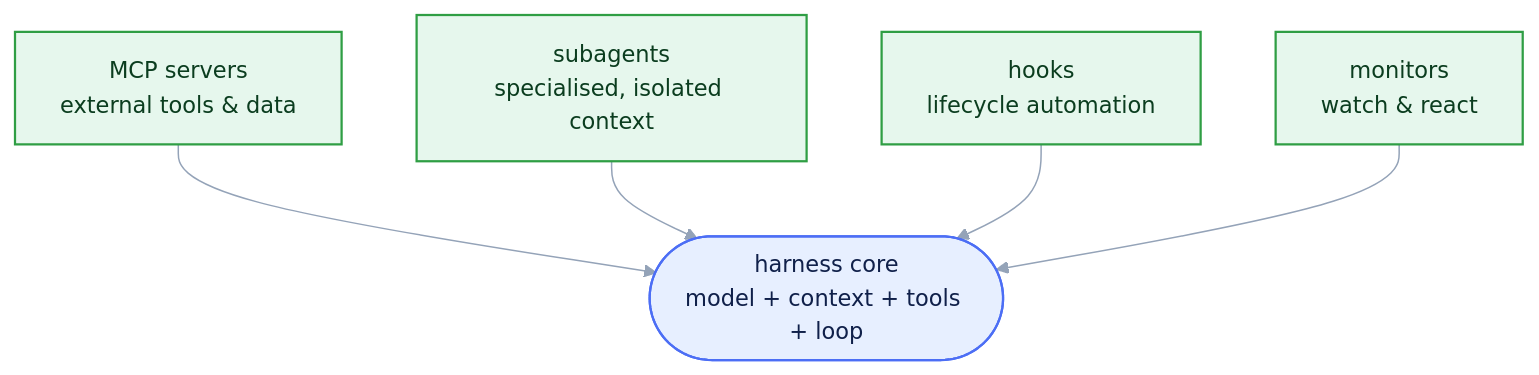
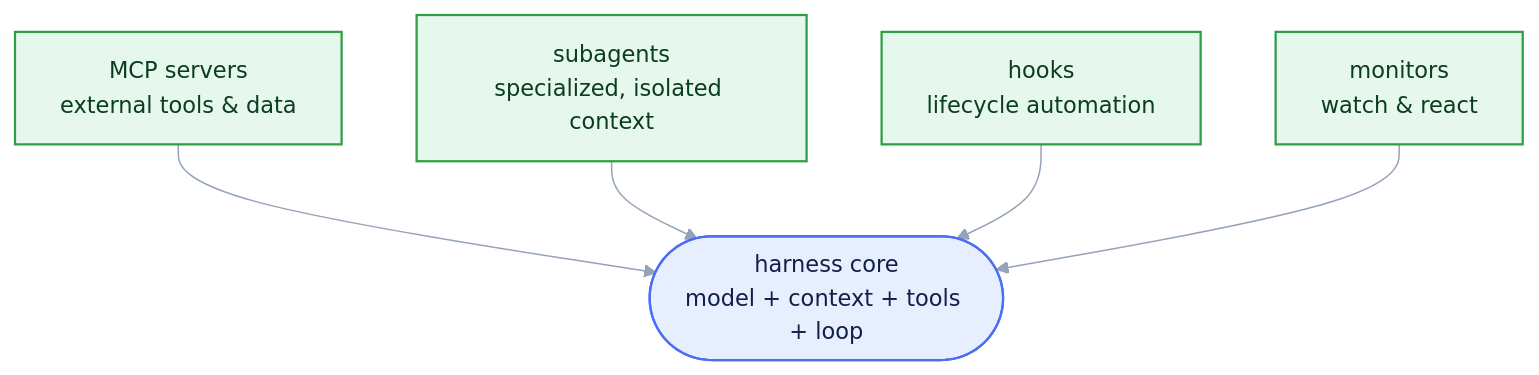
Before and after one commit to eic/tutorial-mcp: the second of 4 diagrams in episodes/01-why-genai-for-physics.md, drawn with Mermaid. The commit also changed other lines of this file and 11 other files, not shown here.

````diff
--- a/episodes/01-why-genai-for-physics.md
+++ b/episodes/01-why-genai-for-physics.md
@@ -147,13 +147,13 @@
 ```mermaid
 %%{init: {'theme':'base', 'themeVariables': {'fontSize':'15px','lineColor':'#94a3b8','edgeLabelBackground':'#e2e8f0','clusterBkg':'#1f293720','clusterBorder':'#94a3b8','titleColor':'#94a3b8'}}}%%
 flowchart TB
     accTitle: {AI agent harness}
     accDescr: {AI agent harness}
     MCP["MCP servers<br/>external tools & data"]:::tool --> H
-    SUB["subagents<br/>specialised, isolated context"]:::tool --> H
+    SUB["subagents<br/>specialized, isolated context"]:::tool --> H
     HOOKS["hooks<br/>lifecycle automation"]:::tool --> H
     MON["monitors<br/>watch & react"]:::tool --> H
     H(["harness core<br/>model + context + tools + loop"]):::core
     classDef core fill:#e7efff,stroke:#4c6ef5,stroke-width:1.5px,color:#10204a;
     classDef tool fill:#e6f7ed,stroke:#2f9e44,stroke-width:1.5px,color:#0b3d1f;
 ```
````
